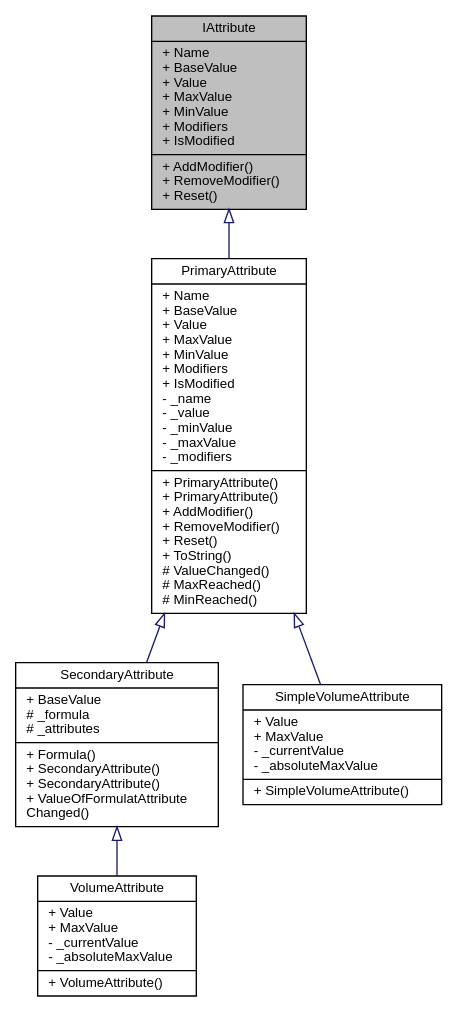
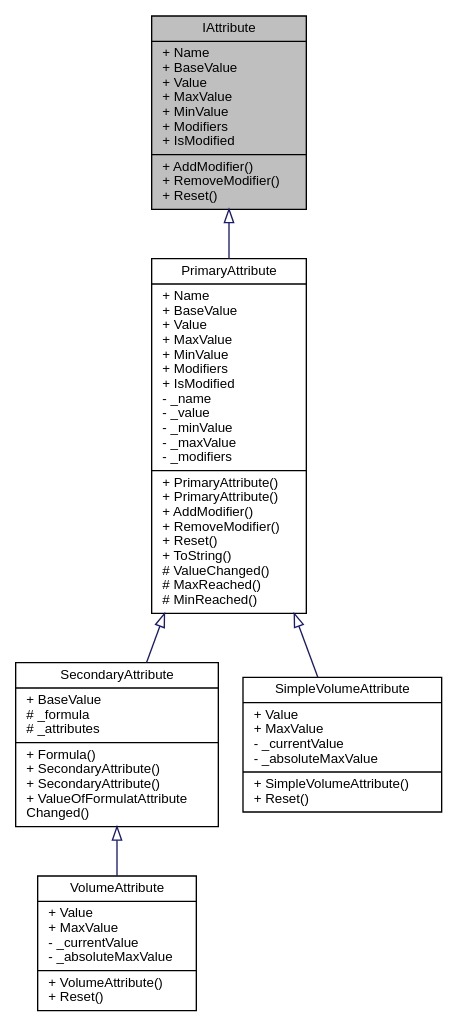
Before and after one commit to PaulSchweizer/ActionRpgKit: the diagram in d6/d29/interface_action_rpg_kit_1_1_character_1_1_attribute_1_1_i_attribute__inherit__graph.dot, drawn with Graphviz. The commit also changed 323 other files, not shown here.

```diff
--- a/d6/d29/interface_action_rpg_kit_1_1_character_1_1_attribute_1_1_i_attribute__inherit__graph.dot
+++ b/d6/d29/interface_action_rpg_kit_1_1_character_1_1_attribute_1_1_i_attribute__inherit__graph.dot
@@ -1,15 +1,15 @@
 digraph "IAttribute"
 {
  // INTERACTIVE_SVG=YES
   edge [fontname="Helvetica",fontsize="10",labelfontname="Helvetica",labelfontsize="10"];
   node [fontname="Helvetica",fontsize="10",shape=record];
   Node1 [label="{IAttribute\n|+ Name\l+ BaseValue\l+ Value\l+ MaxValue\l+ MinValue\l+ Modifiers\l+ IsModified\l|+ AddModifier()\l+ RemoveModifier()\l+ Reset()\l}",height=0.2,width=0.4,color="black", fillcolor="grey75", style="filled", fontcolor="black"];
   Node1 -> Node2 [dir="back",color="midnightblue",fontsize="10",style="solid",arrowtail="onormal",fontname="Helvetica"];
   Node2 [label="{PrimaryAttribute\n|+ Name\l+ BaseValue\l+ Value\l+ MaxValue\l+ MinValue\l+ Modifiers\l+ IsModified\l- _name\l- _value\l- _minValue\l- _maxValue\l- _modifiers\l|+ PrimaryAttribute()\l+ PrimaryAttribute()\l+ AddModifier()\l+ RemoveModifier()\l+ Reset()\l+ ToString()\l# ValueChanged()\l# MaxReached()\l# MinReached()\l}",height=0.2,width=0.4,color="black", fillcolor="white", style="filled",URL="$d5/ddc/class_action_rpg_kit_1_1_character_1_1_attribute_1_1_primary_attribute.xhtml",tooltip="Represents a simple float value."];
   Node2 -> Node3 [dir="back",color="midnightblue",fontsize="10",style="solid",arrowtail="onormal",fontname="Helvetica"];
   Node3 [label="{SecondaryAttribute\n|+ BaseValue\l# _formula\l# _attributes\l|+ Formula()\l+ SecondaryAttribute()\l+ SecondaryAttribute()\l+ ValueOfFormulatAttribute\lChanged()\l}",height=0.2,width=0.4,color="black", fillcolor="white", style="filled",URL="$df/d43/class_action_rpg_kit_1_1_character_1_1_attribute_1_1_secondary_attribute.xhtml",tooltip="The Value is calculated through a given formula. "];
   Node3 -> Node4 [dir="back",color="midnightblue",fontsize="10",style="solid",arrowtail="onormal",fontname="Helvetica"];
-  Node4 [label="{VolumeAttribute\n|+ Value\l+ MaxValue\l- _currentValue\l- _absoluteMaxValue\l|+ VolumeAttribute()\l}",height=0.2,width=0.4,color="black", fillcolor="white", style="filled",URL="$d6/ddf/class_action_rpg_kit_1_1_character_1_1_attribute_1_1_volume_attribute.xhtml",tooltip="Represents a volume of something, e.g. magic, life. The base value is derived through a formula and s..."];
+  Node4 [label="{VolumeAttribute\n|+ Value\l+ MaxValue\l- _currentValue\l- _absoluteMaxValue\l|+ VolumeAttribute()\l+ Reset()\l}",height=0.2,width=0.4,color="black", fillcolor="white", style="filled",URL="$d6/ddf/class_action_rpg_kit_1_1_character_1_1_attribute_1_1_volume_attribute.xhtml",tooltip="Represents a volume of something, e.g. magic, life. The base value is derived through a formula and s..."];
   Node2 -> Node5 [dir="back",color="midnightblue",fontsize="10",style="solid",arrowtail="onormal",fontname="Helvetica"];
-  Node5 [label="{SimpleVolumeAttribute\n|+ Value\l+ MaxValue\l- _currentValue\l- _absoluteMaxValue\l|+ SimpleVolumeAttribute()\l}",height=0.2,width=0.4,color="black", fillcolor="white", style="filled",URL="$db/d9c/class_action_rpg_kit_1_1_character_1_1_attribute_1_1_simple_volume_attribute.xhtml",tooltip="The base value is a simple float as opposed to a formula based. "];
+  Node5 [label="{SimpleVolumeAttribute\n|+ Value\l+ MaxValue\l- _currentValue\l- _absoluteMaxValue\l|+ SimpleVolumeAttribute()\l+ Reset()\l}",height=0.2,width=0.4,color="black", fillcolor="white", style="filled",URL="$db/d9c/class_action_rpg_kit_1_1_character_1_1_attribute_1_1_simple_volume_attribute.xhtml",tooltip="The base value is a simple float as opposed to a formula based. "];
 }
```
